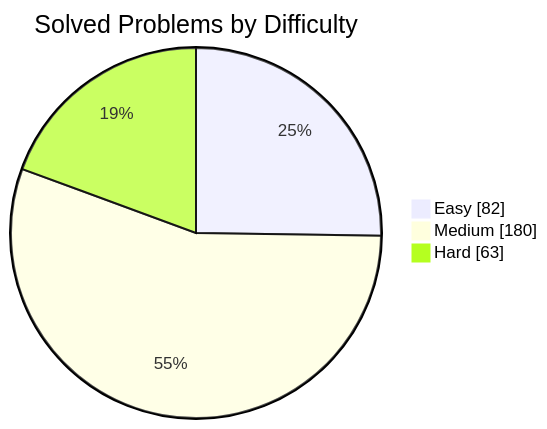
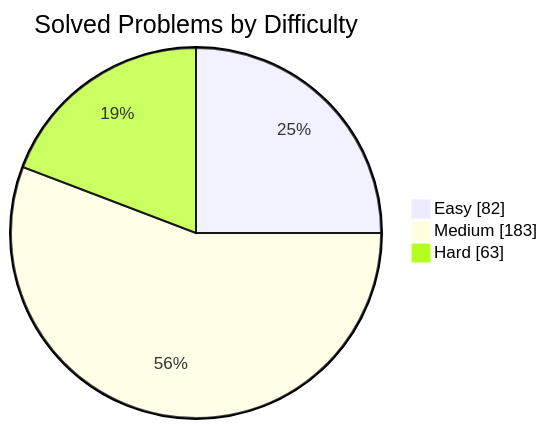
Before and after one commit to manikantbindass/DSA-Preparation-FAANG: the first of 2 diagrams in README.md, drawn with Mermaid. The commit also changed other lines of this file and 2 other files, not shown here.

````diff
--- a/README.md
+++ b/README.md
@@ -77,7 +77,7 @@
 ```mermaid
 pie showData
     title Solved Problems by Difficulty
     "Easy" : 82
-    "Medium" : 180
+    "Medium" : 183
     "Hard" : 63
 ```
````
